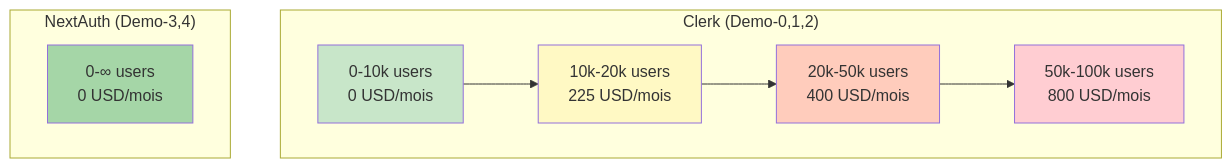
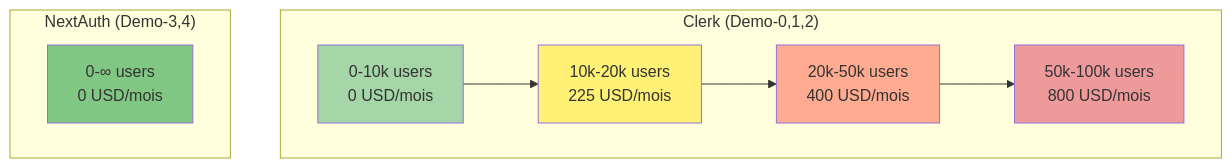
Before and after one commit to inskillflow/auths-1-NEXTJS-introduction: diagram 27 of 39 in 02-DIAGRAMMES_ARCHITECTURES.md, drawn with Mermaid. The commit also changed other lines of this file, not shown here.

````diff
--- a/02-DIAGRAMMES_ARCHITECTURES.md
+++ b/02-DIAGRAMMES_ARCHITECTURES.md
@@ -912,23 +912,23 @@
 ```mermaid
 graph TD
     subgraph "Clerk (Demo-0,1,2)"
         C1["0-10k users<br/>0 USD/mois"]
         C2["10k-20k users<br/>225 USD/mois"]
         C3["20k-50k users<br/>400 USD/mois"]
         C4["50k-100k users<br/>800 USD/mois"]
     end
     
     subgraph "NextAuth (Demo-3,4)"
         N1["0-∞ users<br/>0 USD/mois"]
     end
     
     C1 --> C2
     C2 --> C3
     C3 --> C4
     
-    style C1 fill:#c8e6c9
-    style C2 fill:#fff9c4
-    style C3 fill:#ffccbc
-    style C4 fill:#ffcdd2
-    style N1 fill:#a5d6a7
+    style C1 fill:#a5d6a7
+    style C2 fill:#fff176
+    style C3 fill:#ffab91
+    style C4 fill:#ef9a9a
+    style N1 fill:#81c784
 ```
````
